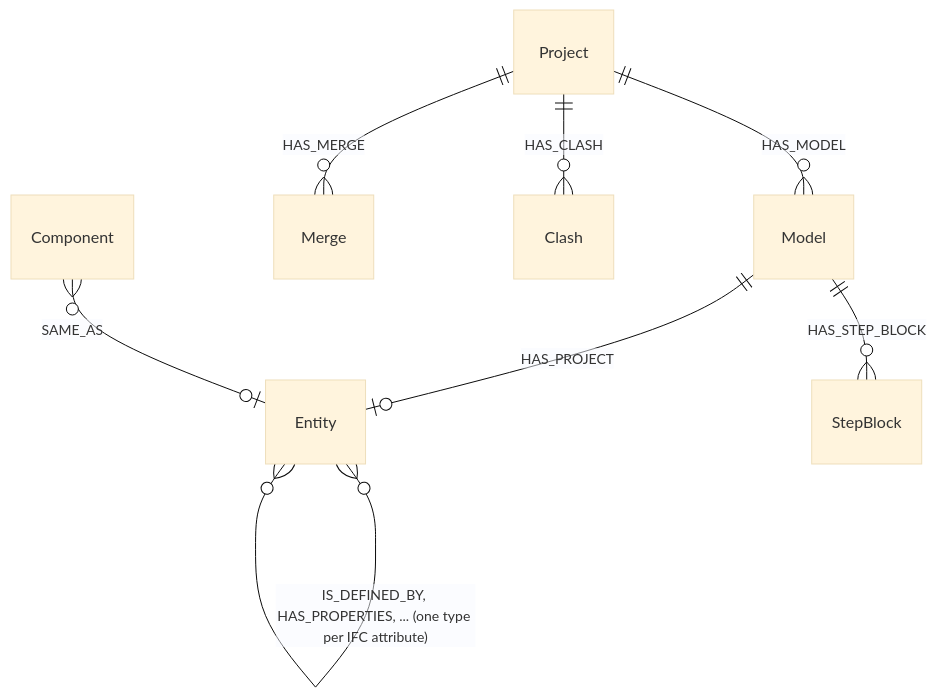
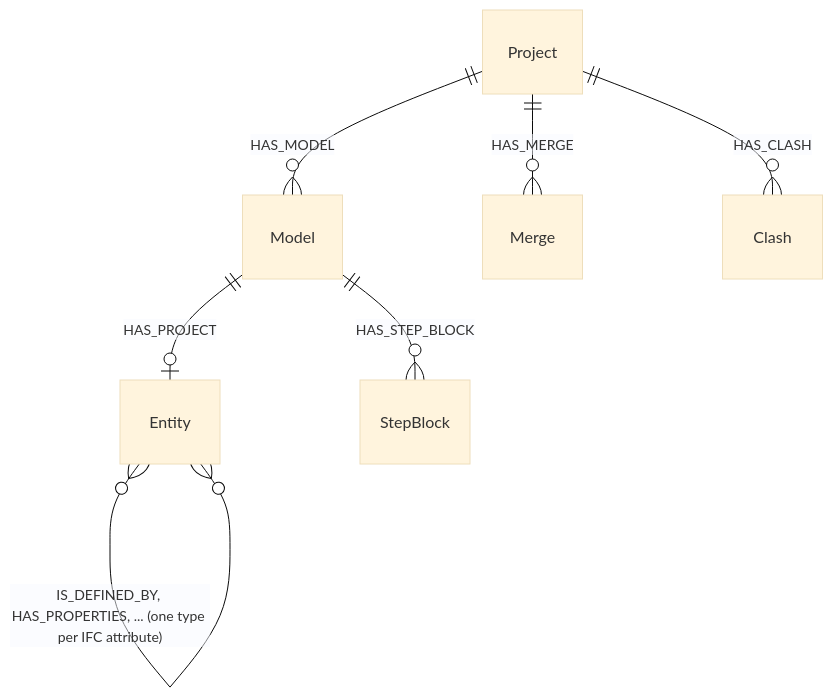
Before and after one commit to marwiss/Kontroll: the sixth of 6 diagrams in docs/da/graph-schema.md, drawn with Mermaid (base theme). The commit also changed other lines of this file and 50 other files, not shown here.

````diff
--- a/docs/da/graph-schema.md
+++ b/docs/da/graph-schema.md
@@ -166,10 +166,9 @@
 ```mermaid
 erDiagram
     Project ||--o{ Model : HAS_MODEL
     Project ||--o{ Merge : HAS_MERGE
     Project ||--o{ Clash : HAS_CLASH
     Model ||--o| Entity : HAS_PROJECT
     Model ||--o{ StepBlock : HAS_STEP_BLOCK
     Entity }o--o{ Entity : "IS_DEFINED_BY, HAS_PROPERTIES, ... (one type per IFC attribute)"
-    Component }o--o| Entity : SAME_AS
 ```
````
